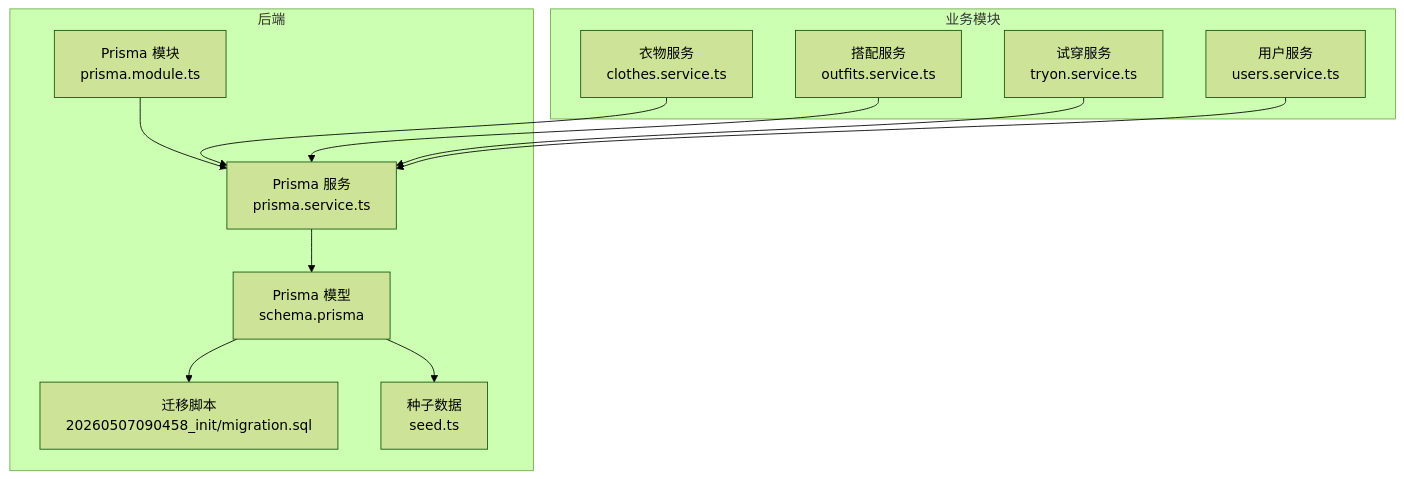
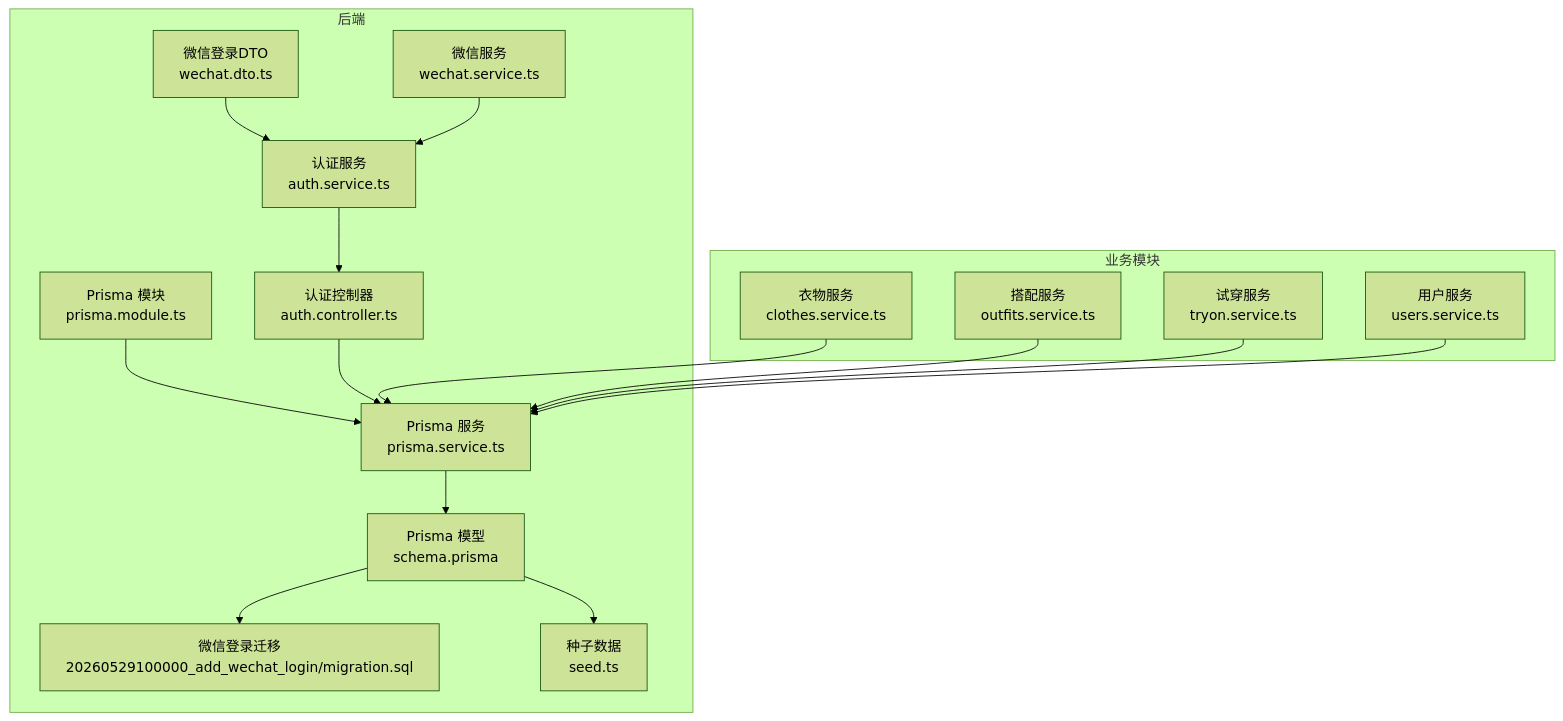
Before and after one commit to lsqwawa/free-dress: the first of 7 diagrams in .qoder/repowiki/zh/content/数据库设计/数据库设计.md, drawn with Mermaid (forest theme). The commit also changed other lines of this file and 71 other files, not shown here.

````diff
--- a/.qoder/repowiki/zh/content/数据库设计/数据库设计.md
+++ b/.qoder/repowiki/zh/content/数据库设计/数据库设计.md
@@ -39,24 +51,32 @@
 ```mermaid
 graph TB
 subgraph "后端"
 A["Prisma 模型<br/>schema.prisma"]
-B["迁移脚本<br/>20260507090458_init/migration.sql"]
+B["微信登录迁移<br/>20260529100000_add_wechat_login/migration.sql"]
 C["种子数据<br/>seed.ts"]
 D["Prisma 服务<br/>prisma.service.ts"]
 E["Prisma 模块<br/>prisma.module.ts"]
+F["微信登录DTO<br/>wechat.dto.ts"]
+G["微信服务<br/>wechat.service.ts"]
+H["认证服务<br/>auth.service.ts"]
+I["认证控制器<br/>auth.controller.ts"]
 end
 subgraph "业务模块"
-F["衣物服务<br/>clothes.service.ts"]
-G["搭配服务<br/>outfits.service.ts"]
-H["试穿服务<br/>tryon.service.ts"]
-I["用户服务<br/>users.service.ts"]
+J["衣物服务<br/>clothes.service.ts"]
+K["搭配服务<br/>outfits.service.ts"]
+L["试穿服务<br/>tryon.service.ts"]
+M["用户服务<br/>users.service.ts"]
 end
 A --> B
 A --> C
 D --> A
 E --> D
-F --> D
-G --> D
-H --> D
+F --> H
+G --> H
+H --> I
 I --> D
+J --> D
+K --> D
+L --> D
+M --> D
 ```
````
